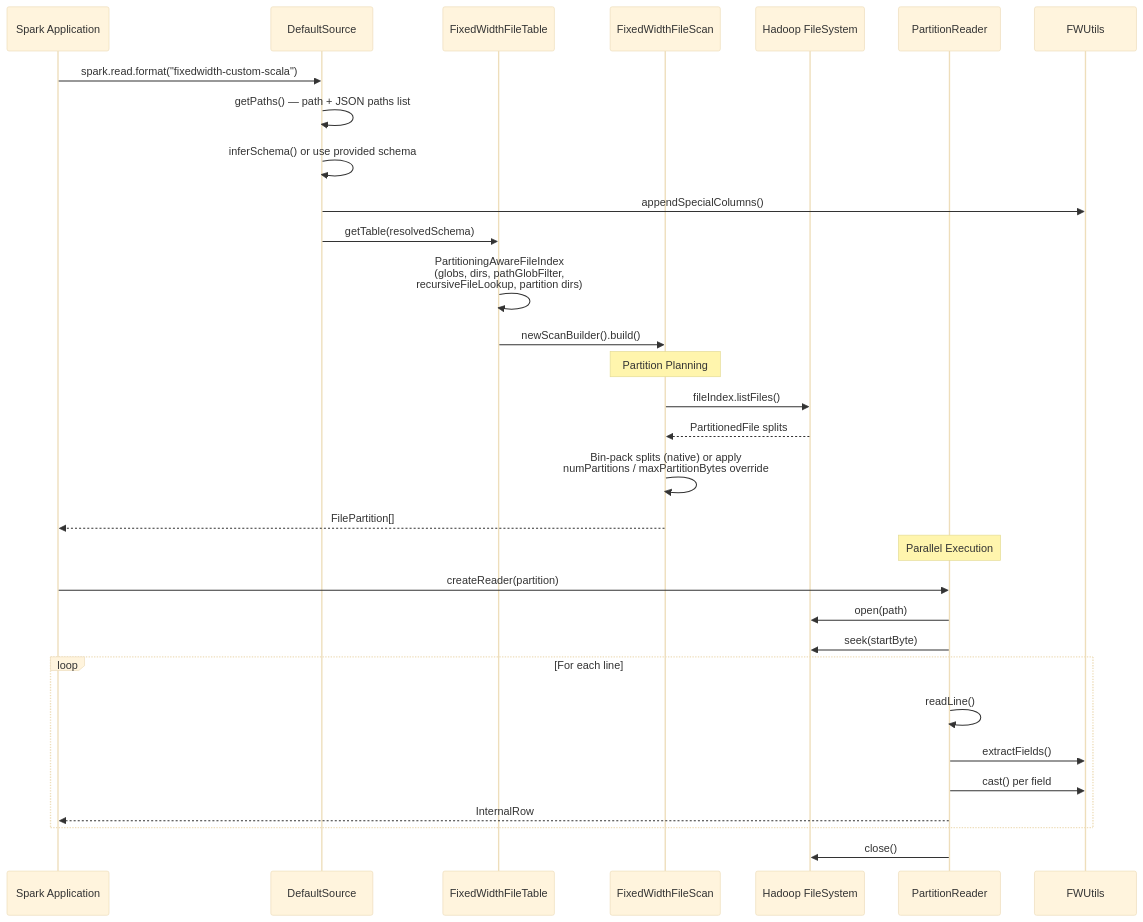
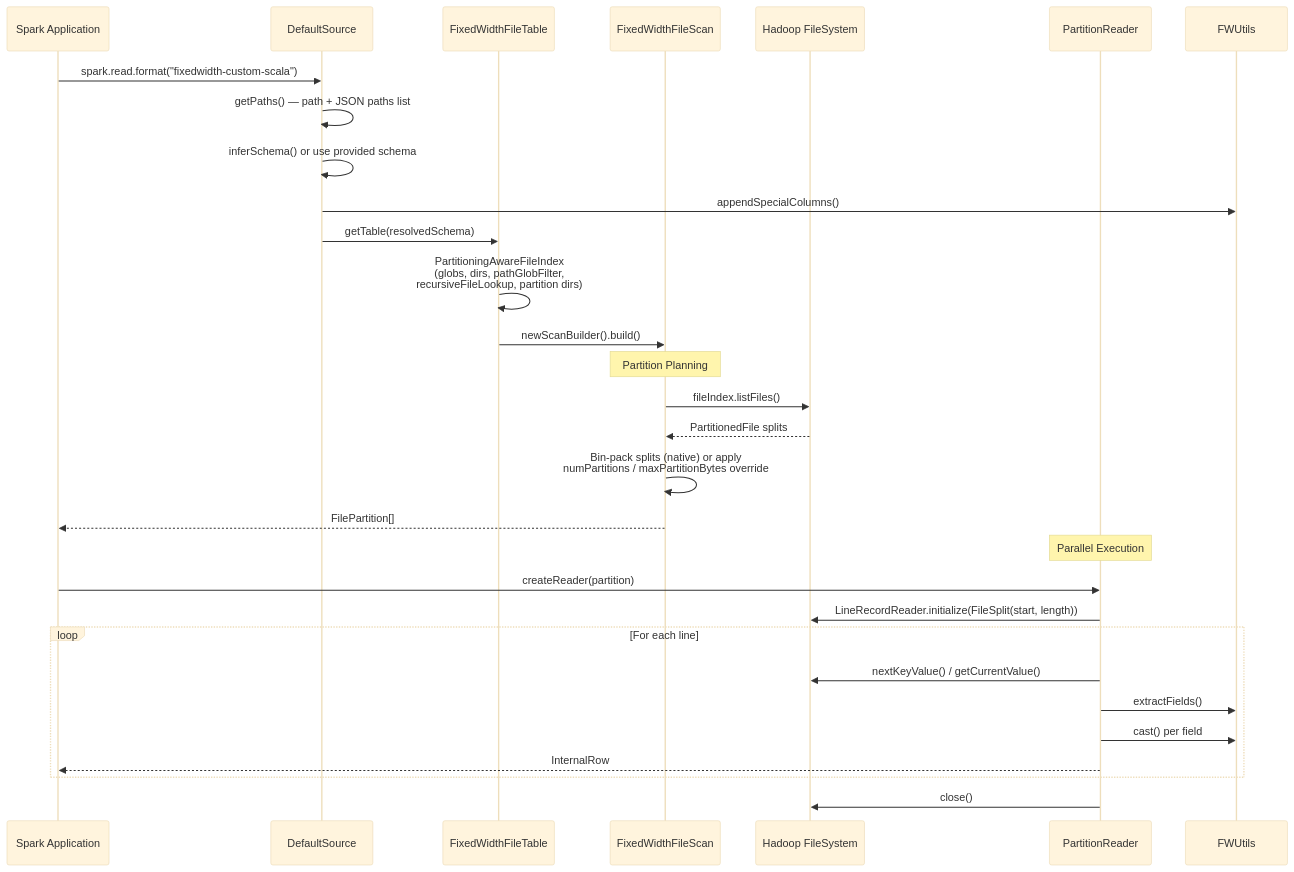
The third of 6 diagrams in docs/ARCHITECTURE.md (alextimmer/spark-databricks-fixedwidth-datasource-v2), drawn with Mermaid (base theme) before and after one commit. The commit also changed other lines of this file and 5 other files, not shown here.

````diff
--- a/docs/ARCHITECTURE.md
+++ b/docs/ARCHITECTURE.md
@@ -367,38 +368,37 @@
 ```mermaid
 sequenceDiagram
     participant App as Spark Application
     participant DS as DefaultSource
     participant Table as FixedWidthFileTable
     participant Scan as FixedWidthFileScan
     participant Hadoop as Hadoop FileSystem
     participant Reader as PartitionReader
     participant Utils as FWUtils
 
     App->>DS: spark.read.format("fixedwidth-custom-scala")
     DS->>DS: getPaths() — path + JSON paths list
     DS->>DS: inferSchema() or use provided schema
     DS->>Utils: appendSpecialColumns()
     DS->>Table: getTable(resolvedSchema)
     Table->>Table: PartitioningAwareFileIndex<br/>(globs, dirs, pathGlobFilter,<br/>recursiveFileLookup, partition dirs)
     Table->>Scan: newScanBuilder().build()
 
     Note over Scan: Partition Planning
     Scan->>Hadoop: fileIndex.listFiles()
     Hadoop-->>Scan: PartitionedFile splits
     Scan->>Scan: Bin-pack splits (native) or apply<br/>numPartitions / maxPartitionBytes override
     Scan-->>App: FilePartition[]
 
     Note over Reader: Parallel Execution
     App->>Reader: createReader(partition)
-    Reader->>Hadoop: open(path)
-    Reader->>Hadoop: seek(startByte)
+    Reader->>Hadoop: LineRecordReader.initialize(FileSplit(start, length))
 
     loop For each line
-        Reader->>Reader: readLine()
+        Reader->>Hadoop: nextKeyValue() / getCurrentValue()
         Reader->>Utils: extractFields()
         Reader->>Utils: cast() per field
         Reader-->>App: InternalRow
     end
 
     Reader->>Hadoop: close()
 ```
````
